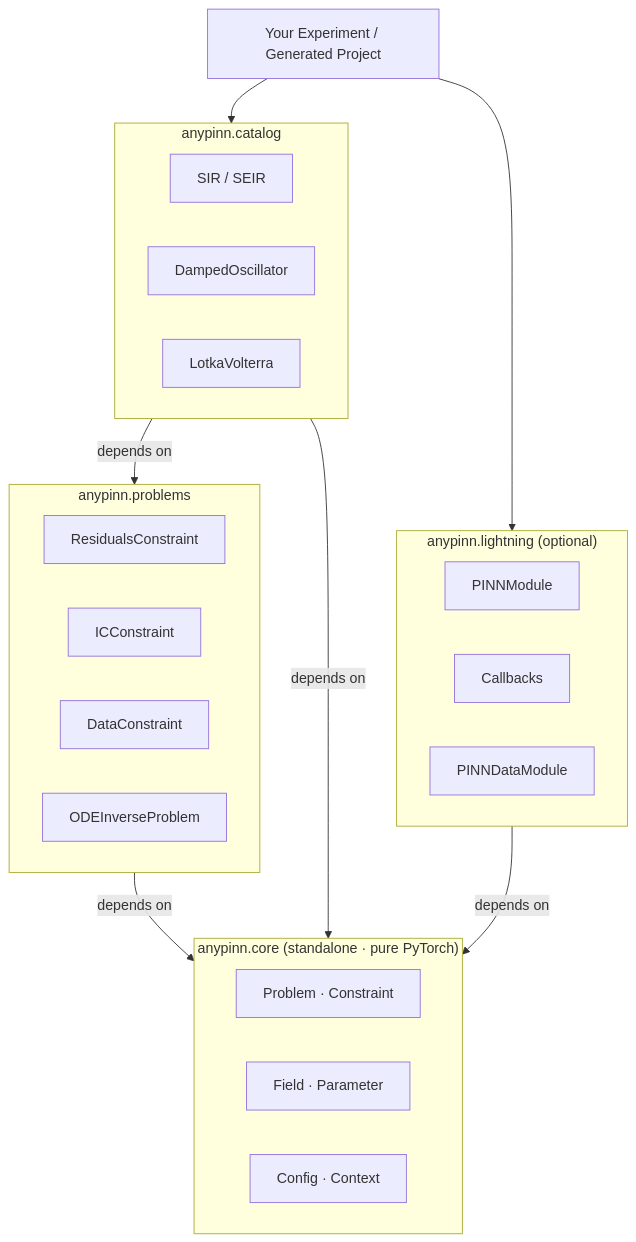
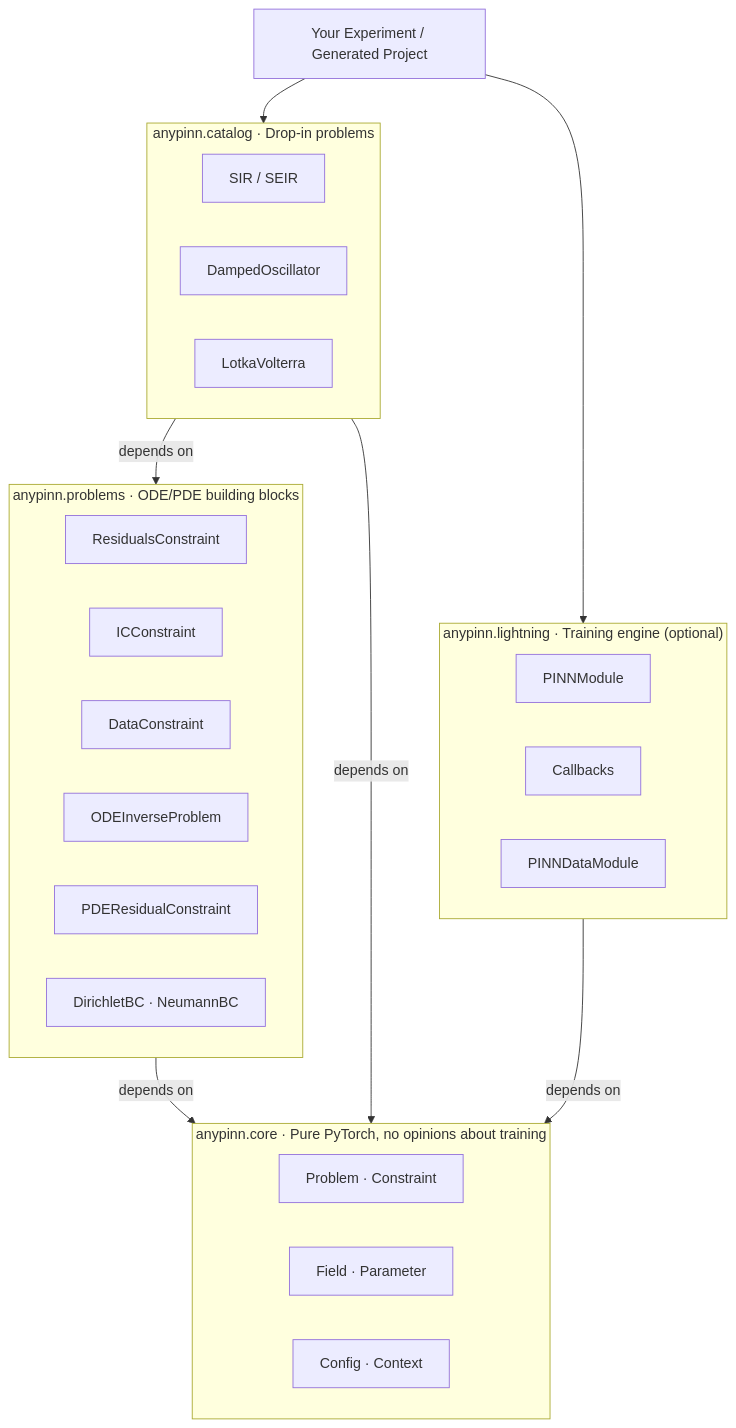
One commit to giacomoguidotto/anypinn changed the diagram in README.md. Above: the diagram before and after it, drawn with Mermaid. The commit also changed other lines of this file, not shown here.

First line of the commit message:
docs: streamline README problem section and architecture diagram

````diff
--- a/README.md
+++ b/README.md
@@ -131,41 +130,43 @@
 ```mermaid
 graph TD
     EXP["Your Experiment / Generated Project"]
 
     EXP --> CAT
     EXP --> LIT
 
-    subgraph CAT["anypinn.catalog"]
+    subgraph CAT["anypinn.catalog · Drop-in problems"]
         direction LR
         CA1[SIR / SEIR]
         CA2[DampedOscillator]
         CA3[LotkaVolterra]
     end
 
-    subgraph LIT["anypinn.lightning (optional)"]
+    subgraph LIT["anypinn.lightning · Training engine (optional)"]
         direction LR
         L1[PINNModule]
         L2[Callbacks]
         L3[PINNDataModule]
     end
 
-    subgraph PROB["anypinn.problems"]
+    subgraph PROB["anypinn.problems · ODE/PDE building blocks"]
         direction LR
         P1[ResidualsConstraint]
         P2[ICConstraint]
         P3[DataConstraint]
         P4[ODEInverseProblem]
+        P5[PDEResidualConstraint]
+        P6[DirichletBC · NeumannBC]
     end
 
-    subgraph CORE["anypinn.core (standalone · pure PyTorch)"]
+    subgraph CORE["anypinn.core · Pure PyTorch, no opinions about training"]
         direction LR
         C1[Problem · Constraint]
         C2[Field · Parameter]
         C3[Config · Context]
     end
 
     CAT -->|depends on| PROB
     CAT -->|depends on| CORE
     LIT -->|depends on| CORE
     PROB -->|depends on| CORE
 ```
````
